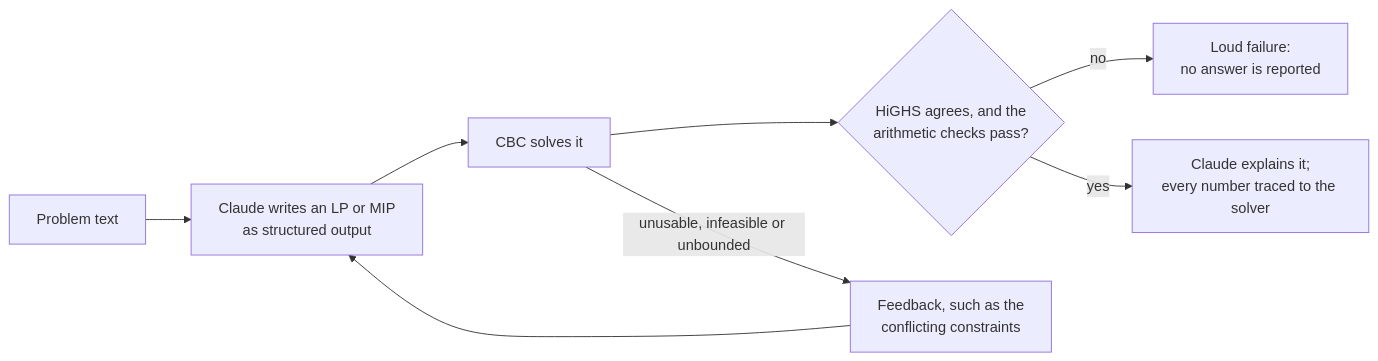
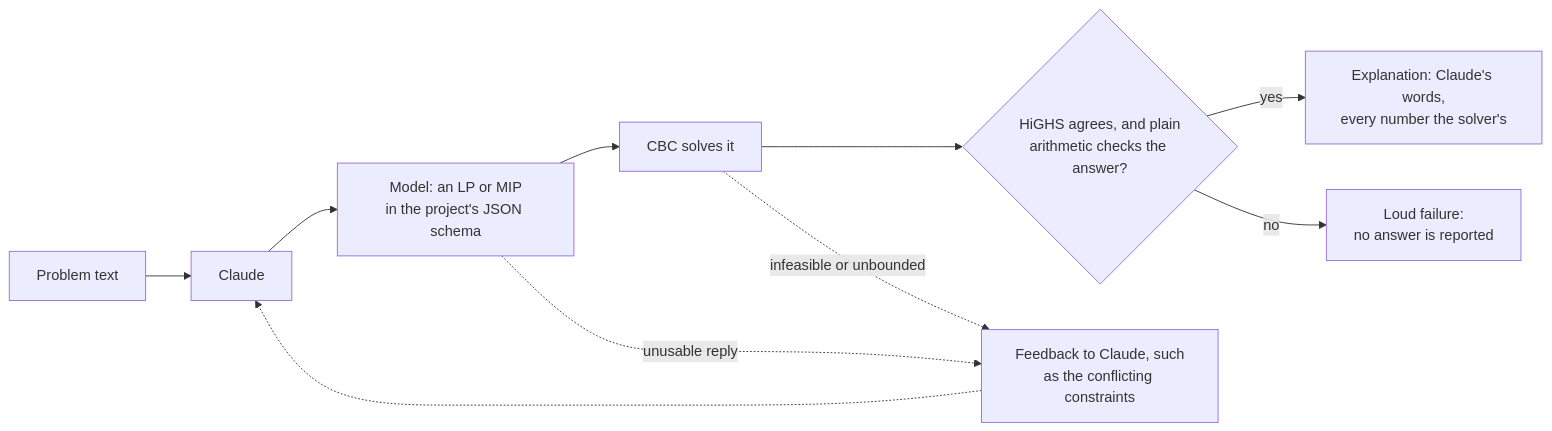
The diagram in README.md (Max25R/opt-agent), drawn with Mermaid before and after one commit. The commit also changed other lines of this file, not shown here.

Commit message:
README: the architecture diagram as problem -> Claude -> model -> CBC -> checks -> explanation
The Mermaid diagram now shows each stage the owner named as its own node (Claude, then its
model in the project's JSON schema, CBC, HiGHS and the arithmetic checks, the explanation),
with the loud failure, and the feedback loop starting where it really starts: an unusable
reply at the model, an infeasible or unbounded verdict at the solve. One sentence under it
says why a verified answer can still be wrong.

````diff
--- a/README.md
+++ b/README.md
@@ -178,9 +178,12 @@
 ```mermaid
 flowchart LR
-    P[Problem text] --> F[Claude writes an LP or MIP<br/>as structured output]
-    F --> S[CBC solves it]
-    S --> V{HiGHS agrees, and the<br/>arithmetic checks pass?}
+    P[Problem text] --> C[Claude]
+    C --> M[Model: an LP or MIP<br/>in the project's JSON schema]
+    M --> S[CBC solves it]
+    S --> V{HiGHS agrees, and plain<br/>arithmetic checks the answer?}
+    V -- yes --> E[Explanation: Claude's words,<br/>every number the solver's]
     V -- no --> L[Loud failure:<br/>no answer is reported]
-    V -- yes --> E[Claude explains it;<br/>every number traced to the solver]
-    S -- unusable, infeasible or unbounded --> R[Feedback, such as the<br/>conflicting constraints] --> F
+    M -. unusable reply .-> R[Feedback to Claude, such<br/>as the conflicting constraints]
+    S -. infeasible or unbounded .-> R
+    R -.-> C
 ```
````
